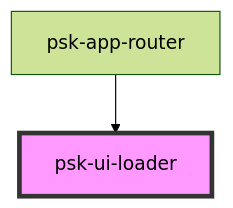
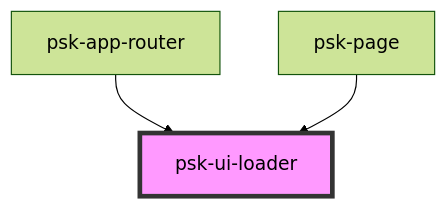
Before and after one commit to daniel-visoiu/cardinal: the diagram in src/components/psk-ui-loader/readme.md, drawn with Mermaid (forest theme). The commit also changed other lines of this file and 12 other files, not shown here.

````diff
--- a/src/components/psk-ui-loader/readme.md
+++ b/src/components/psk-ui-loader/readme.md
@@ -22,5 +23,6 @@
 ```mermaid
 graph TD;
   psk-app-router --> psk-ui-loader
+  psk-page --> psk-ui-loader
   style psk-ui-loader fill:#f9f,stroke:#333,stroke-width:4px
 ```
````
